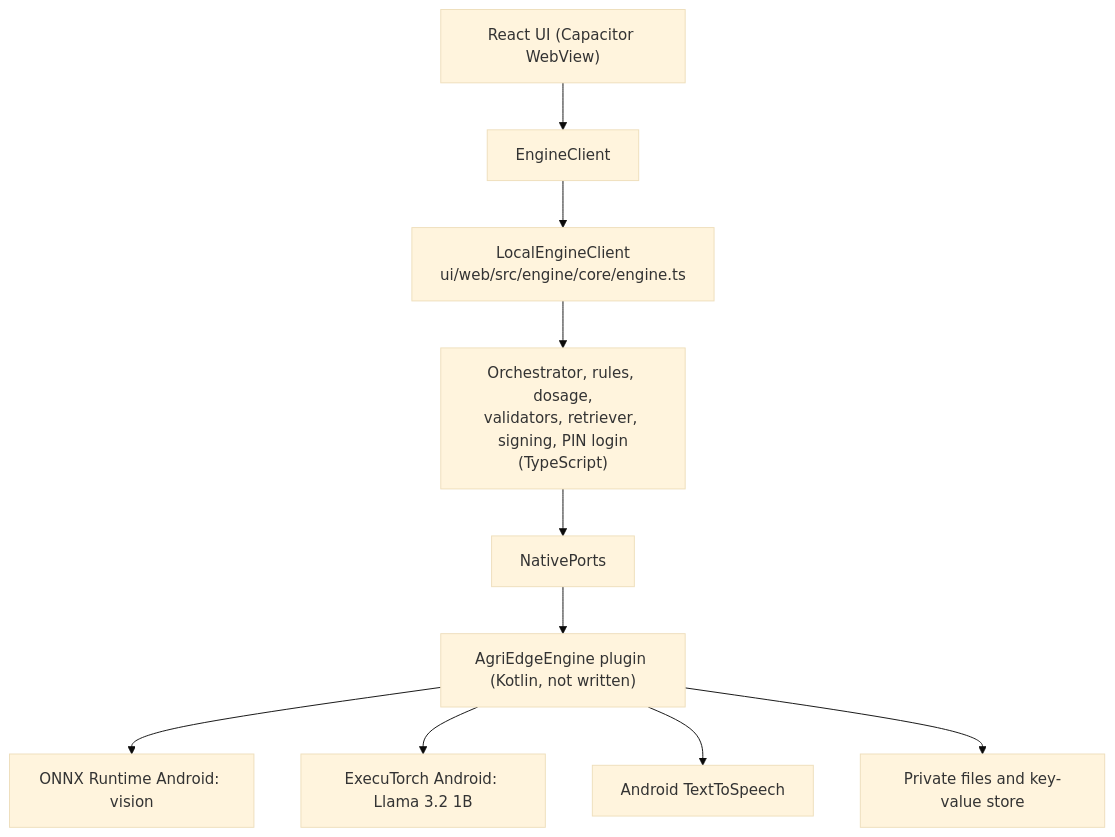
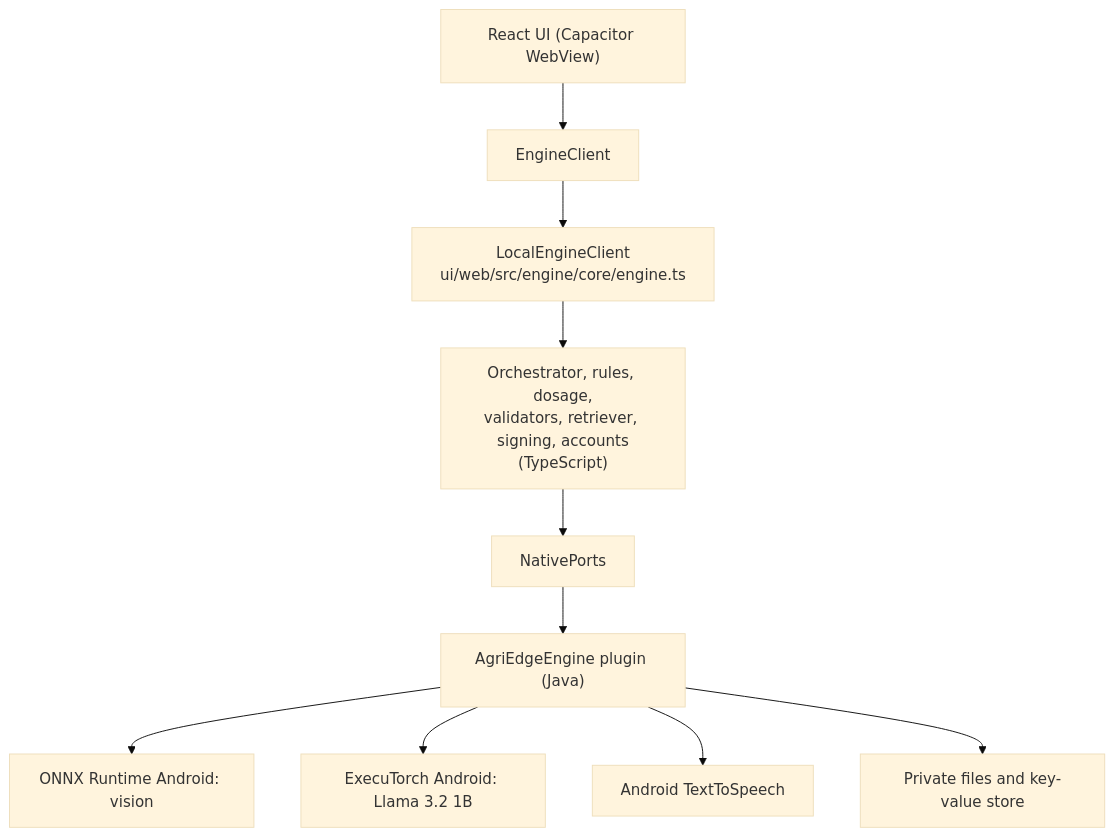
One commit to itss-meS/VaultOfVision changed the diagram in docs/ANDROID.md. Above: the diagram before and after it, drawn with Mermaid (base theme). The commit also changed other lines of this file and 62 other files, not shown here.

````diff
--- a/docs/ANDROID.md
+++ b/docs/ANDROID.md
@@ -7,12 +7,12 @@
 ```mermaid
 flowchart TB
     UI["React UI (Capacitor WebView)"] --> EC["EngineClient"]
     EC --> LE["LocalEngineClient<br/>ui/web/src/engine/core/engine.ts"]
-    LE --> ORCH["Orchestrator, rules, dosage,<br/>validators, retriever, signing, PIN login<br/>(TypeScript)"]
+    LE --> ORCH["Orchestrator, rules, dosage,<br/>validators, retriever, signing, accounts<br/>(TypeScript)"]
     ORCH --> PORTS["NativePorts"]
-    PORTS --> PLUGIN["AgriEdgeEngine plugin (Kotlin, not written)"]
+    PORTS --> PLUGIN["AgriEdgeEngine plugin (Java)"]
     PLUGIN --> ORT["ONNX Runtime Android: vision"]
     PLUGIN --> ET["ExecuTorch Android: Llama 3.2 1B"]
     PLUGIN --> TTS["Android TextToSpeech"]
     PLUGIN --> FS["Private files and key-value store"]
 ```
````
